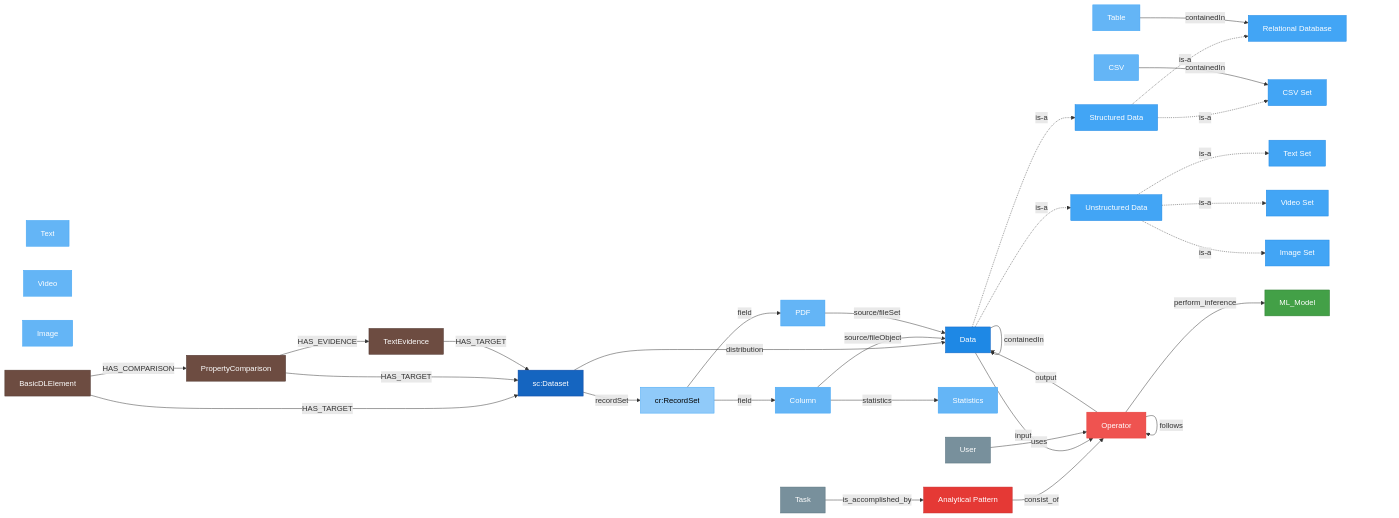
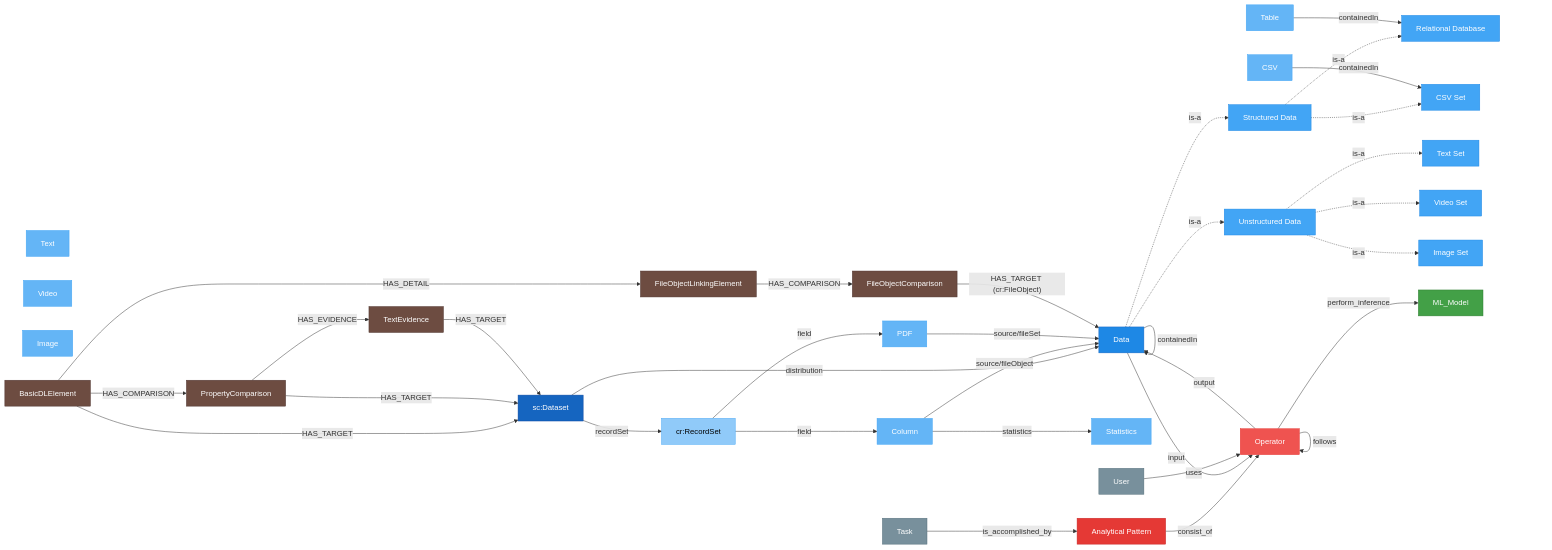
Before and after one commit to datagems-eosc/moma-management: the diagram in docs/docs/architecture.md, drawn with Mermaid. The commit also changed other lines of this file and 21 other files, not shown here.

First line of the commit message:
feat(dataset-relationships): File-level linking with FileObject references (#30)

````diff
--- a/docs/docs/architecture.md
+++ b/docs/docs/architecture.md
@@ -210,10 +210,15 @@
   BasicDLElement:::relationship
   PropertyComparison:::relationship
   TextEvidence:::relationship
+  FileObjectLinkingElement:::relationship
+  FileObjectComparison:::relationship
 
   BasicDLElement -- HAS_TARGET --> Dataset
   BasicDLElement -- HAS_COMPARISON --> PropertyComparison
   PropertyComparison -- HAS_TARGET --> Dataset
   PropertyComparison -- HAS_EVIDENCE --> TextEvidence
   TextEvidence -- HAS_TARGET --> Dataset
+  BasicDLElement -- HAS_DETAIL --> FileObjectLinkingElement
+  FileObjectLinkingElement -- HAS_COMPARISON --> FileObjectComparison
+  FileObjectComparison -- "HAS_TARGET (cr:FileObject)" --> Data
 ```
````
